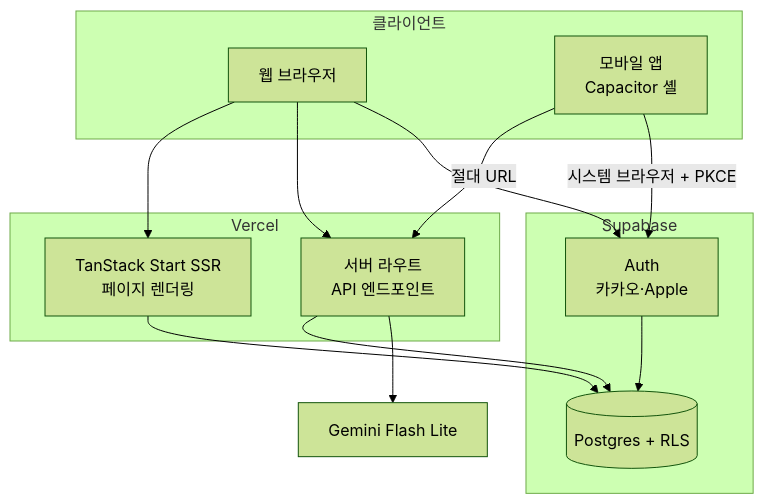
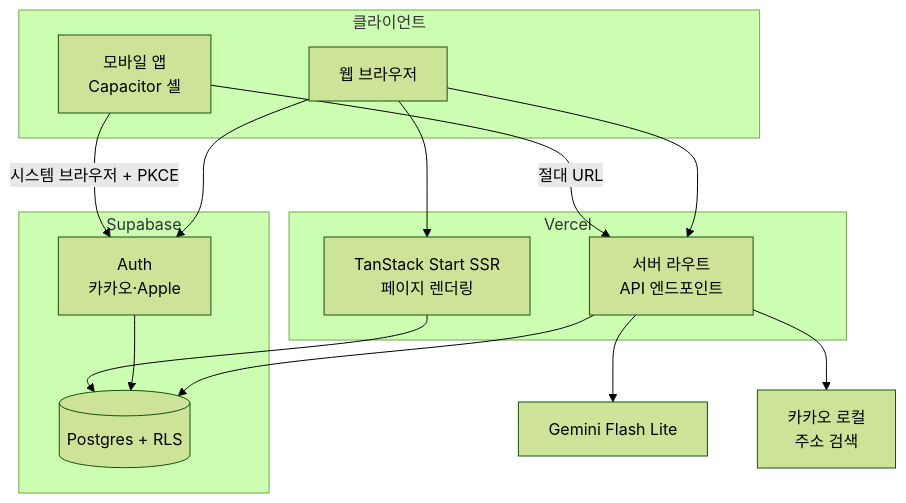
The first of 3 diagrams in docs/02-architecture.md (striveperson/saju-ai), drawn with Mermaid (forest theme) before and after one commit. The commit also changed other lines of this file and 7 other files, not shown here.

````diff
--- a/docs/02-architecture.md
+++ b/docs/02-architecture.md
@@ -8,29 +8,31 @@
 ```mermaid
 flowchart TB
   subgraph client[클라이언트]
     web[웹 브라우저]
     app[모바일 앱<br/>Capacitor 셸]
   end
 
   subgraph vercel[Vercel]
     ssr[TanStack Start SSR<br/>페이지 렌더링]
     api[서버 라우트<br/>API 엔드포인트]
   end
 
   subgraph supabase[Supabase]
     auth[Auth<br/>카카오·Apple]
     db[(Postgres + RLS)]
   end
 
   gemini[Gemini Flash Lite]
+  kakao[카카오 로컬<br/>주소 검색]
 
   web --> ssr
   web --> api
   app -->|절대 URL| api
   api --> db
   api --> gemini
+  api --> kakao
   web --> auth
   app -->|시스템 브라우저 + PKCE| auth
   auth --> db
   ssr --> db
 ```
````
